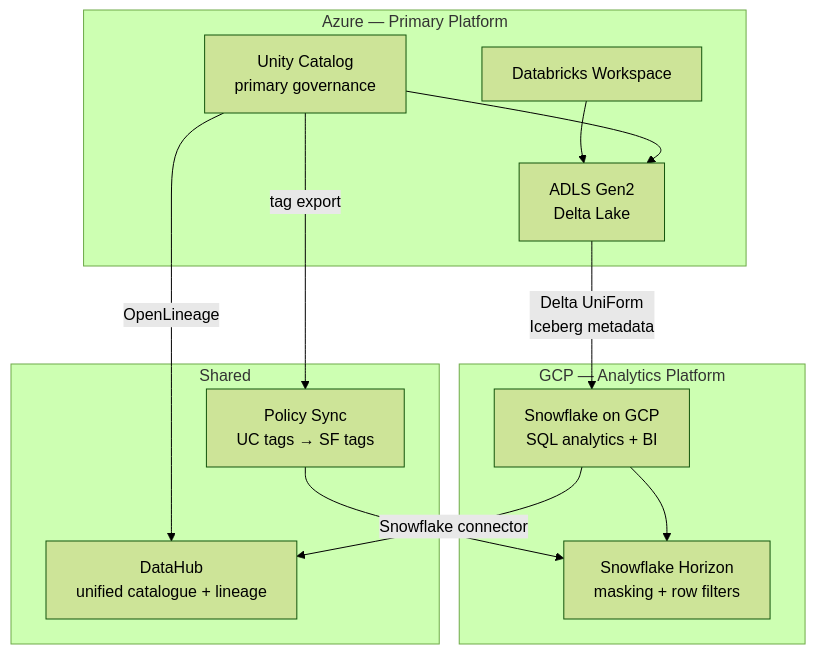
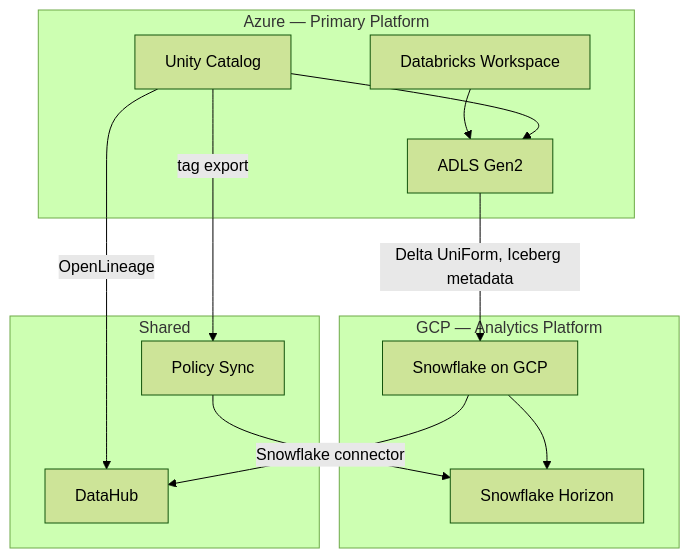
One commit to gcmishra7/data-engineering-helper changed the diagram in 10-scenarios/04-multi-cloud-governance.md. Above: the diagram before and after it, drawn with Mermaid (forest theme). The commit also changed other lines of this file and 57 other files, not shown here.

First line of the commit message:
Shorten mermaid node labels to fix text truncation on GitHub

````diff
--- a/10-scenarios/04-multi-cloud-governance.md
+++ b/10-scenarios/04-multi-cloud-governance.md
@@ -10,26 +10,26 @@
 ```mermaid
 graph TD
     subgraph Azure[Azure — Primary Platform]
         ADB[Databricks Workspace]
-        UC[Unity Catalog<br/>primary governance]
-        ADLS[ADLS Gen2<br/>Delta Lake]
+        UC[Unity Catalog]
+        ADLS[ADLS Gen2]
         ADB --> ADLS
         UC --> ADLS
     end
 
     subgraph GCP[GCP — Analytics Platform]
-        SF[Snowflake on GCP<br/>SQL analytics + BI]
-        SFH[Snowflake Horizon<br/>masking + row filters]
+        SF[Snowflake on GCP]
+        SFH[Snowflake Horizon]
         SF --> SFH
     end
 
     subgraph Shared
-        DH[DataHub<br/>unified catalogue + lineage]
-        POL[Policy Sync<br/>UC tags → SF tags]
+        DH[DataHub]
+        POL[Policy Sync]
     end
 
-    ADLS -->|Delta UniForm<br/>Iceberg metadata| SF
+    ADLS -->|Delta UniForm, Iceberg metadata| SF
     UC -->|OpenLineage| DH
     SF -->|Snowflake connector| DH
     UC -->|tag export| POL --> SFH
 ```
````
